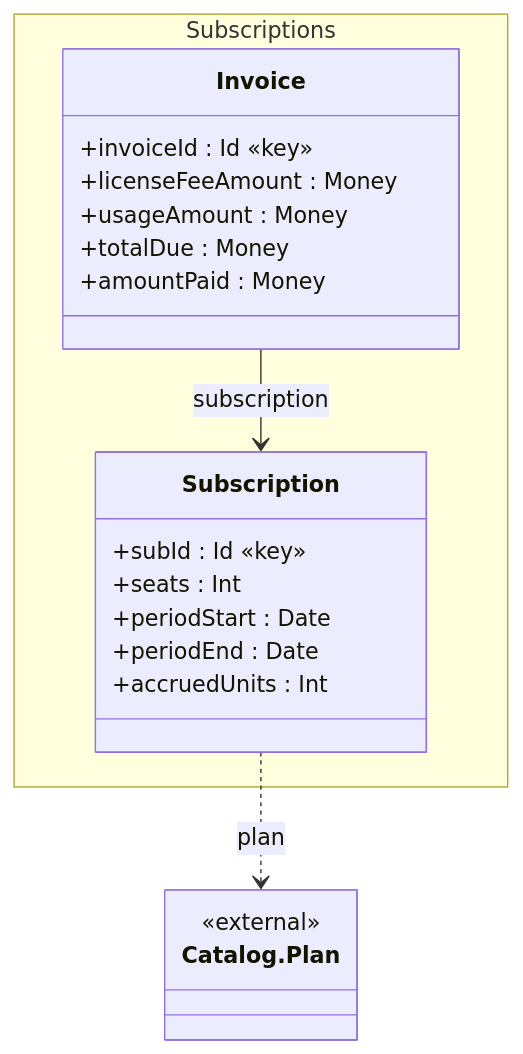
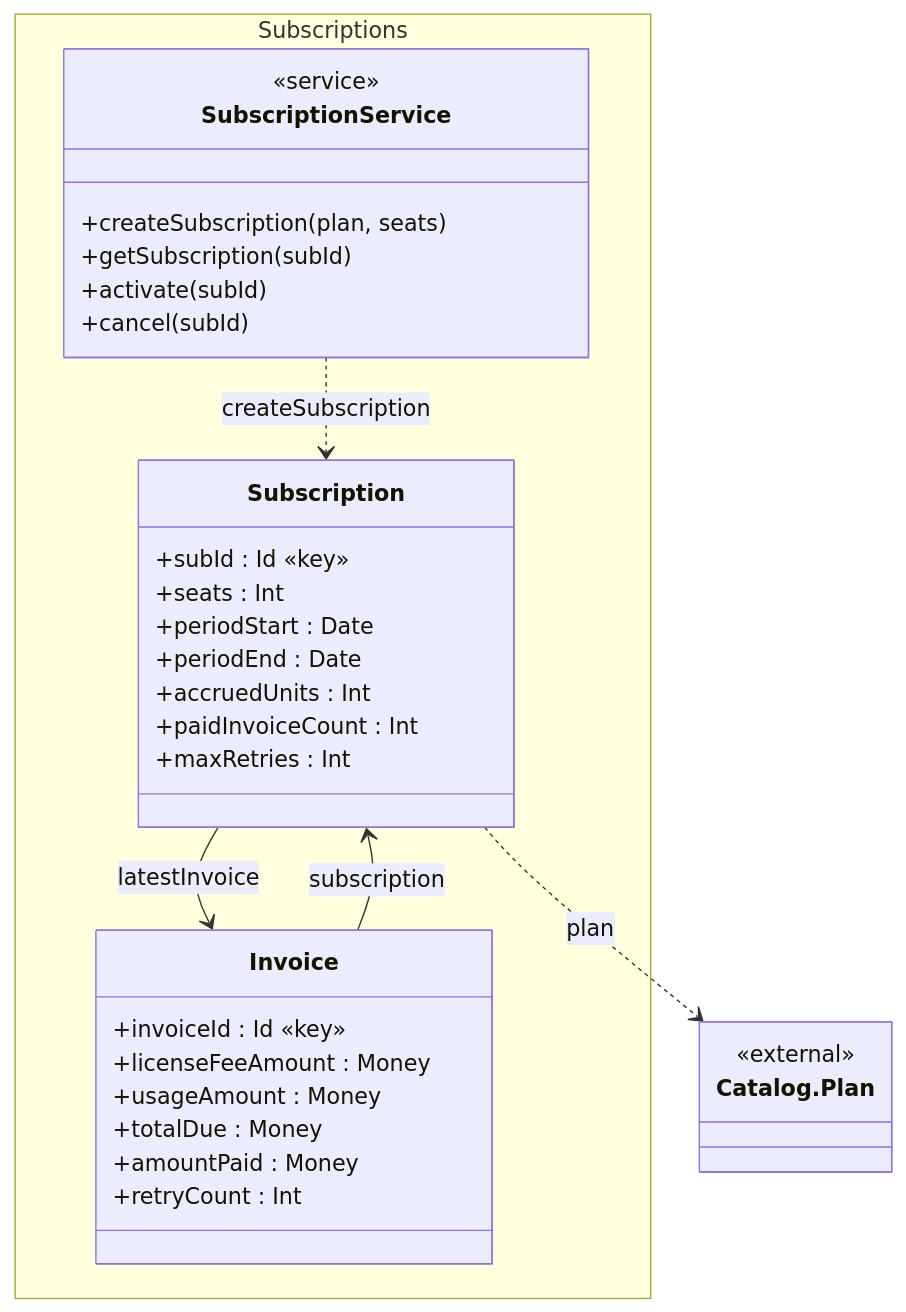
The diagram in specs/subscriptions/diagrams/CD_Subscriptions.mmd (qooleot/lattice), drawn with Mermaid before and after one commit. The commit also changed 8 other files, not shown here.

First line of the commit message:
feat(specs): subscriptions gains guarded transitions, events, multi-source cancel, coupling invariants, service (DoD 1, human-elicited)

```diff
--- a/specs/subscriptions/diagrams/CD_Subscriptions.mmd
+++ b/specs/subscriptions/diagrams/CD_Subscriptions.mmd
@@ -1,23 +1,35 @@
 %% generated by lattice; do not edit
 classDiagram
   namespace Subscriptions {
     class Subscription {
       +subId : Id «key»
       +seats : Int
       +periodStart : Date
       +periodEnd : Date
       +accruedUnits : Int
+      +paidInvoiceCount : Int
+      +maxRetries : Int
     }
     class Invoice {
       +invoiceId : Id «key»
       +licenseFeeAmount : Money
       +usageAmount : Money
       +totalDue : Money
       +amountPaid : Money
+      +retryCount : Int
+    }
+    class SubscriptionService {
+      <<service>>
+      +createSubscription(plan, seats)
+      +getSubscription(subId)
+      +activate(subId)
+      +cancel(subId)
     }
   }
   class Catalog_Plan["Catalog.Plan"] {
     <<external>>
   }
+  Subscription --> Invoice : latestInvoice
   Invoice --> Subscription : subscription
+  SubscriptionService ..> Subscription : createSubscription
   Subscription ..> Catalog_Plan : plan
```
